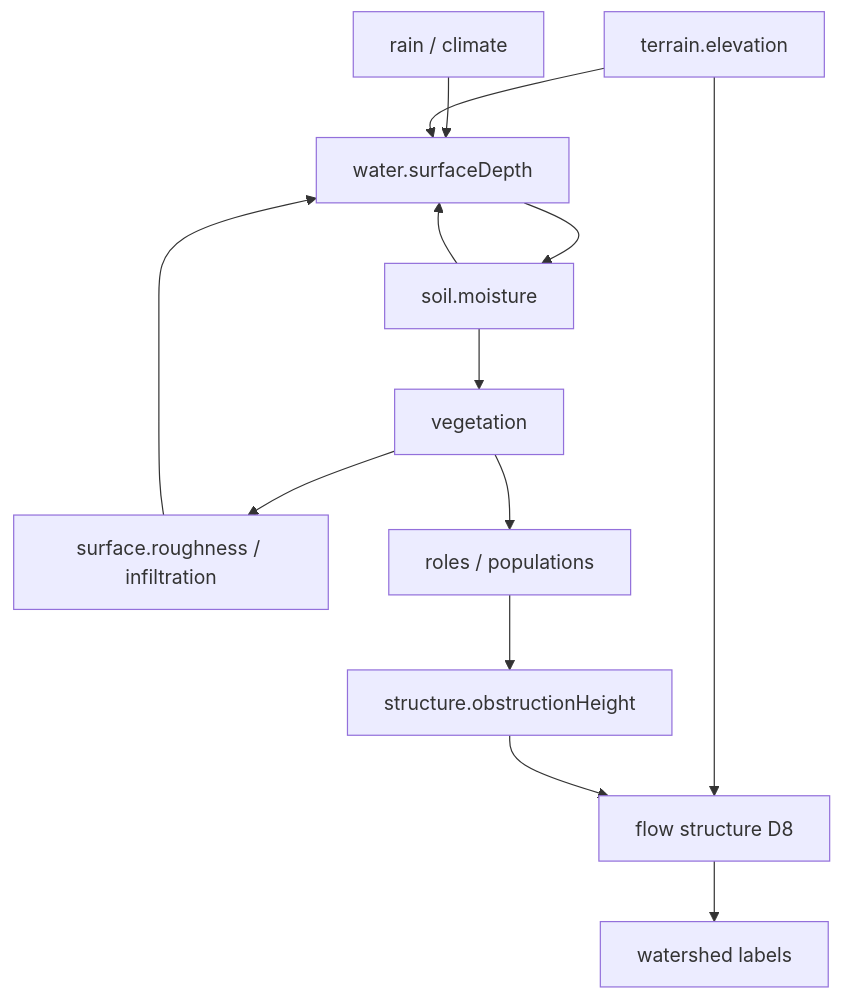
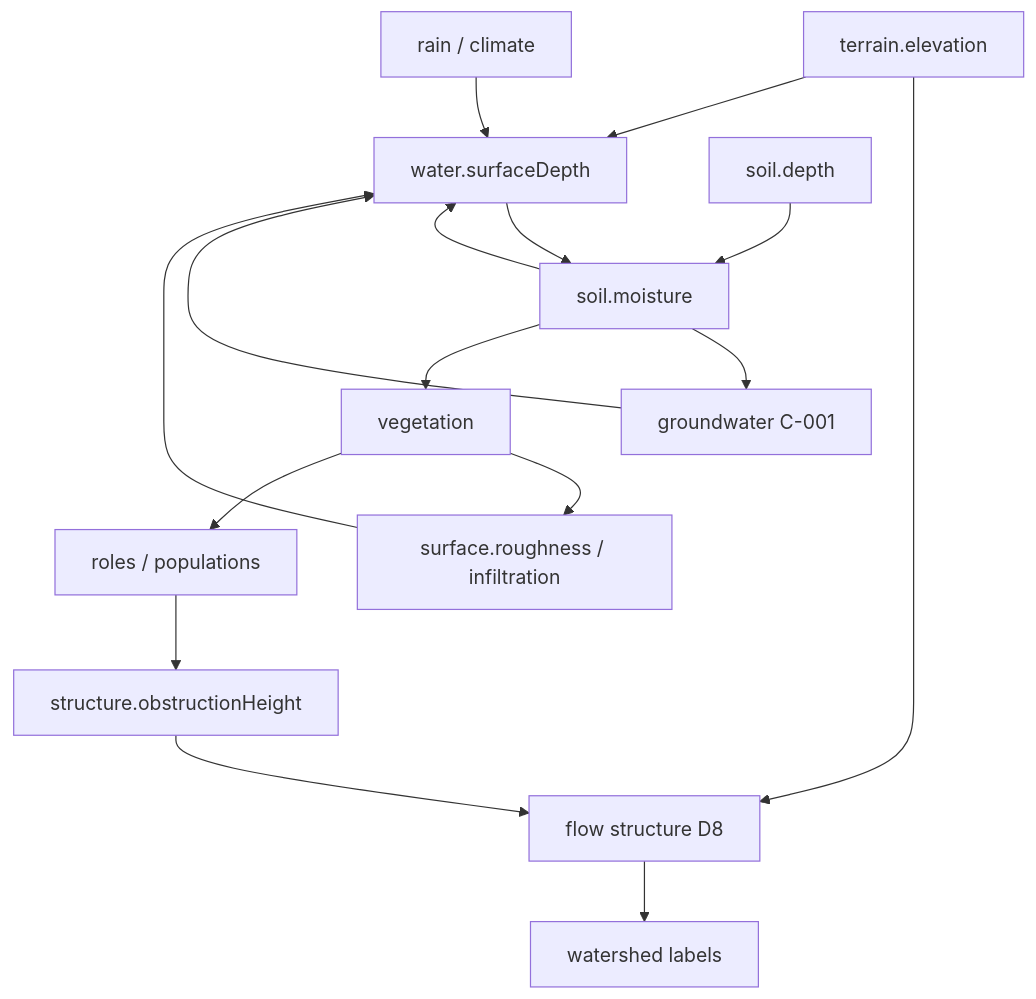
One commit to mrfootandmrbear/Habitat changed the second of 2 diagrams in docs/MVP_SCOPE.md. Above: the diagram before and after it, drawn with Mermaid. The commit also changed other lines of this file and 8 other files, not shown here.

````diff
--- a/docs/MVP_SCOPE.md
+++ b/docs/MVP_SCOPE.md
@@ -61,15 +61,18 @@
 ```mermaid
 flowchart TB
   terrain[terrain.elevation] --> structure[flow structure D8]
   structure --> watershed[watershed labels]
   climate[rain / climate] --> surface[water.surfaceDepth]
   terrain --> surface
   surface --> soil[soil.moisture]
   soil --> surface
+  soilDepth[soil.depth] --> soil
+  soil --> gw[groundwater C-001]
+  gw --> surface
   soil --> veg[vegetation]
   veg --> roughness[surface.roughness / infiltration]
   roughness --> surface
   veg --> wildlife[roles / populations]
   wildlife --> structureObstruction[structure.obstructionHeight]
   structureObstruction --> structure
 ```
````
